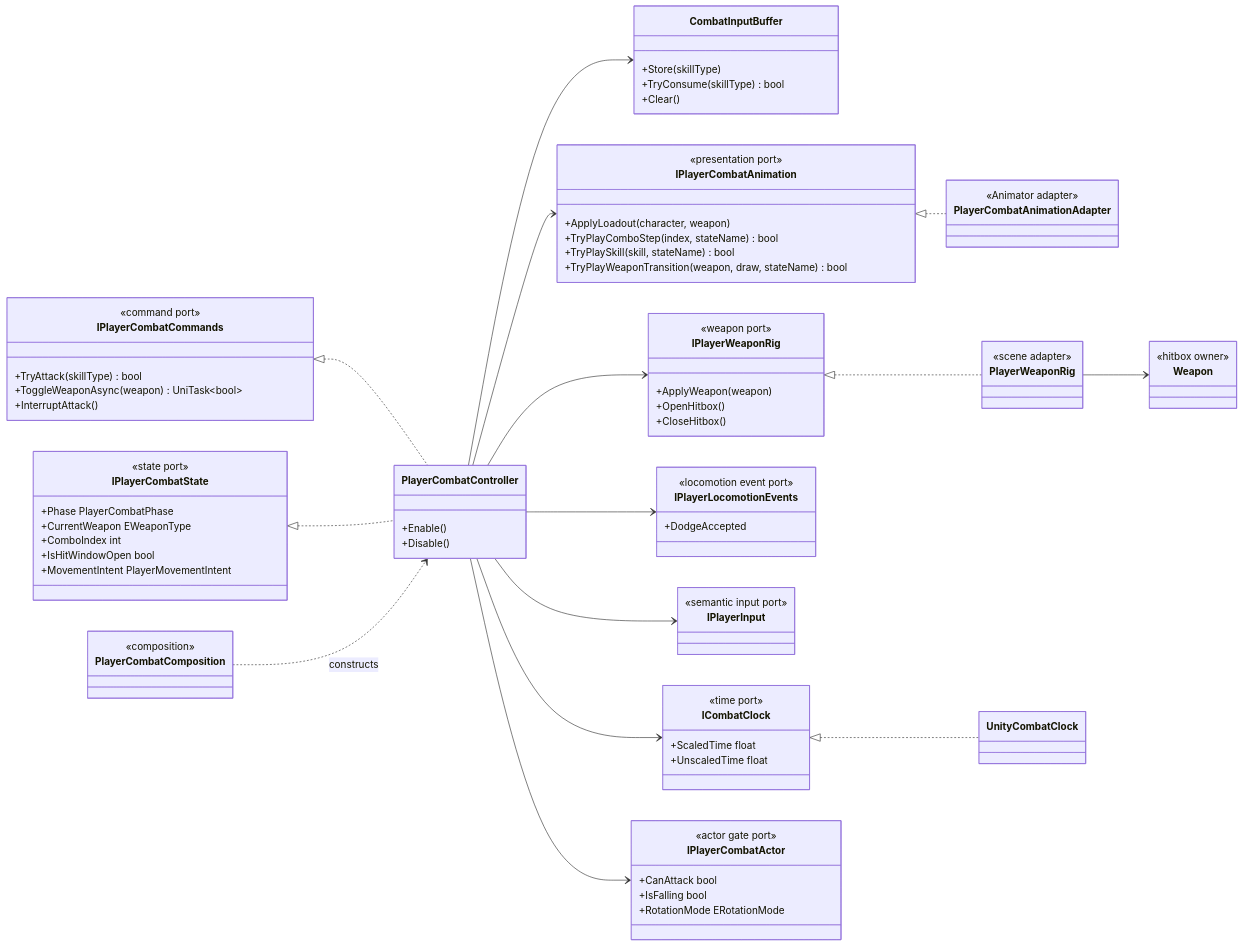
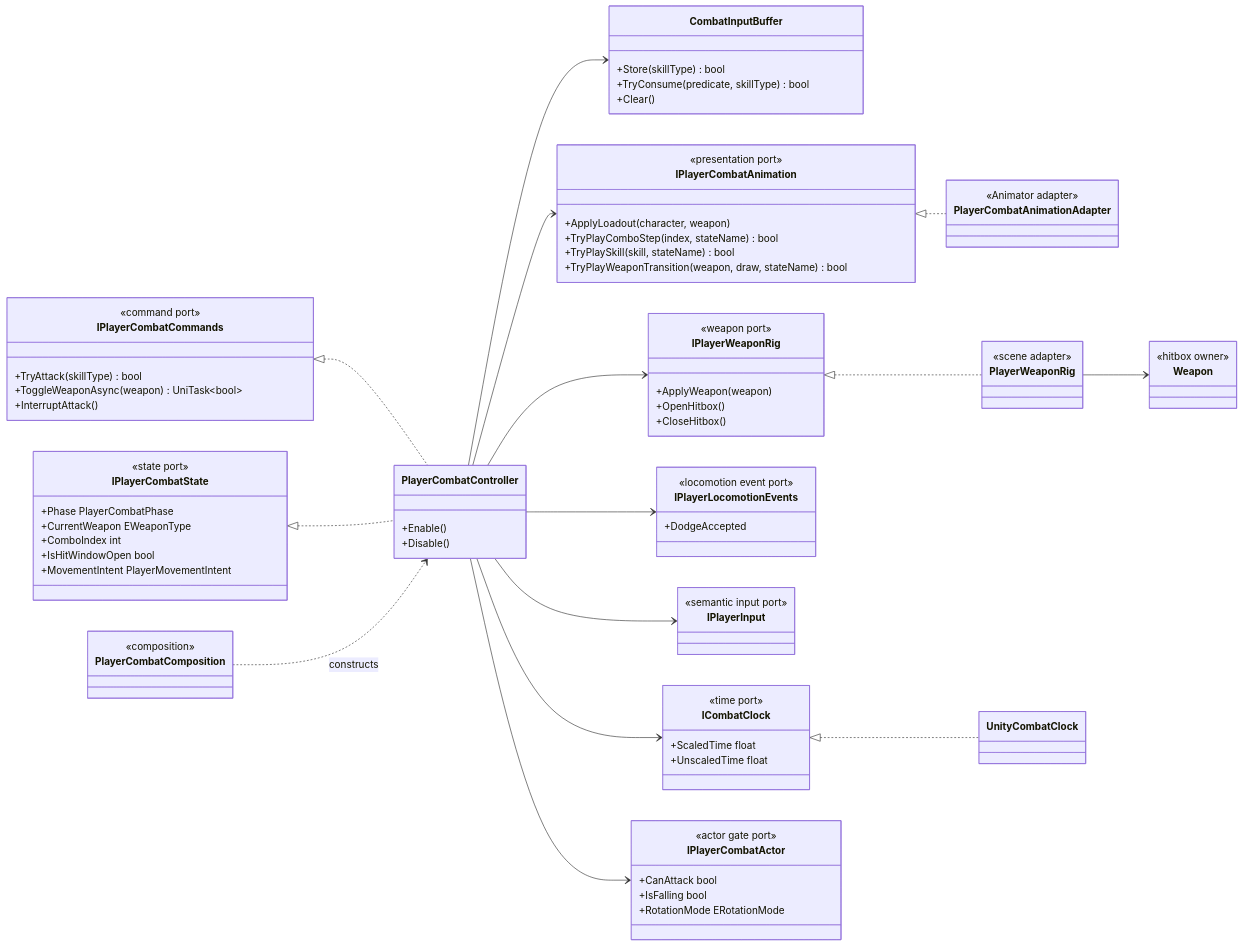
The first of 3 diagrams in Docs/Architecture/Player.Combat.md (MaximFonariuc/project-s), drawn with Mermaid before and after one commit. The commit also changed other lines of this file and 15 other files, not shown here.

```diff
--- a/Docs/Architecture/Player.Combat.md
+++ b/Docs/Architecture/Player.Combat.md
@@ -31,8 +31,8 @@
         +Disable()
     }
     class CombatInputBuffer {
-        +Store(skillType)
-        +TryConsume(skillType) bool
+        +Store(skillType) bool
+        +TryConsume(predicate, skillType) bool
         +Clear()
     }
     class IPlayerCombatAnimation {
```
